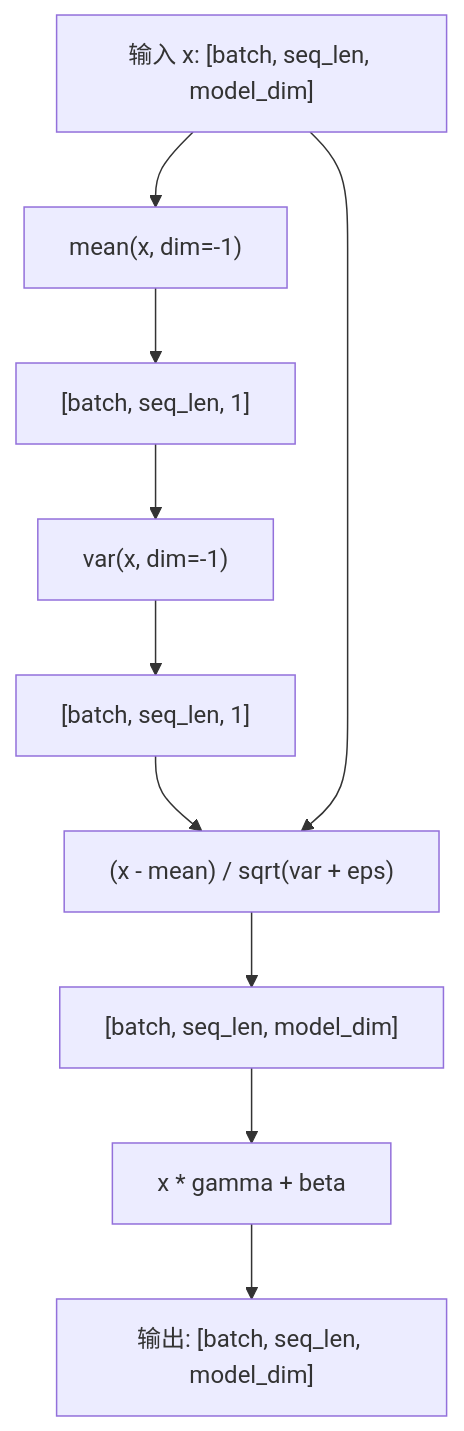
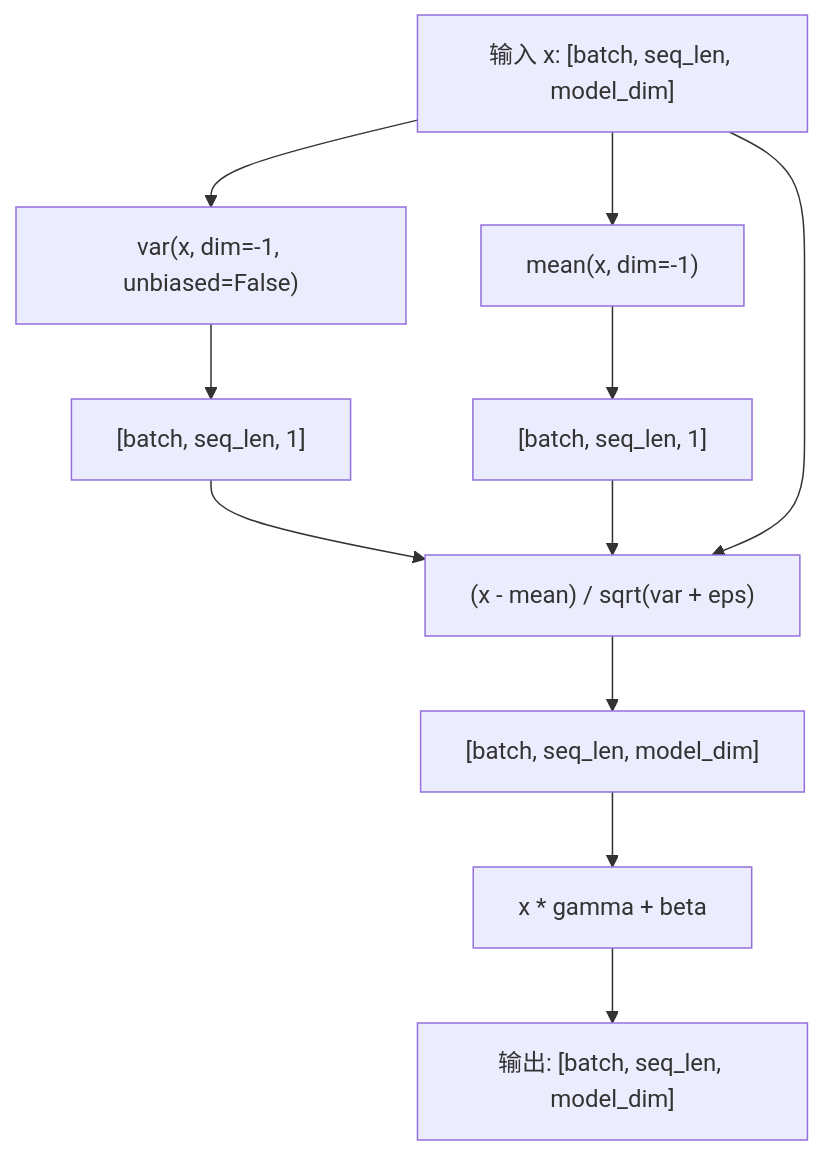
The fifth of 14 diagrams in README.md (lyc61c/LLM-Interview-Code), drawn with Mermaid before and after one commit. The commit also changed other lines of this file and 1 other file, not shown here.

````diff
--- a/README.md
+++ b/README.md
@@ -359,13 +333,14 @@
 ```mermaid
 flowchart TD
     X["输入 x: [batch, seq_len, model_dim]"]
     X --> Mean["mean(x, dim=-1)"]
     Mean --> MeanShape["[batch, seq_len, 1]"]
-    MeanShape --> Var["var(x, dim=-1)"]
+    X --> Var["var(x, dim=-1, unbiased=False)"]
     Var --> VarShape["[batch, seq_len, 1]"]
     VarShape --> Normalize["(x - mean) / sqrt(var + eps)"]
+    MeanShape --> Normalize
     X --> Normalize
     Normalize --> NormShape["[batch, seq_len, model_dim]"]
     NormShape --> Affine["x * gamma + beta"]
     Affine --> Output["输出: [batch, seq_len, model_dim]"]
 ```
````
